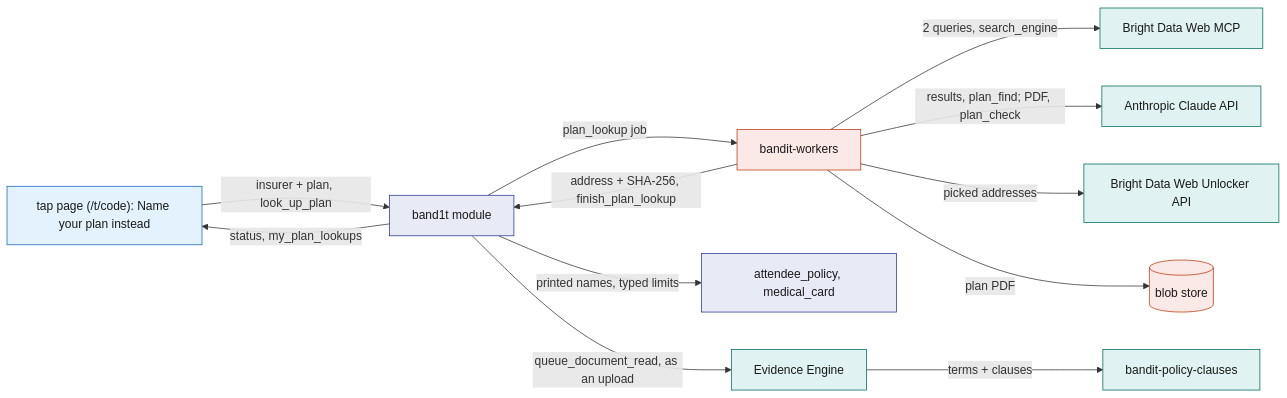
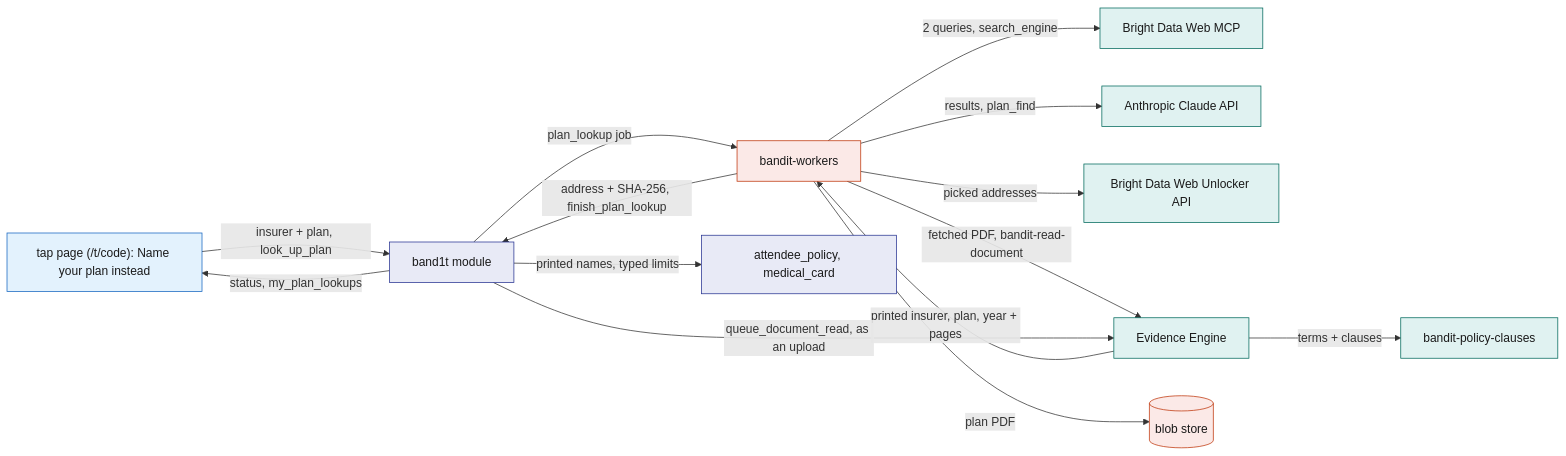
Before and after one commit to viktorinkov/cal-hacks-13: the fifth of 8 diagrams in System Design/7-integrations/Bright-Data.md, drawn with Mermaid. The commit also changed other lines of this file and 3 other files, not shown here.

Commit message:
design: the document reader checks what fetched plan and form PDFs print

````diff
--- a/System Design/7-integrations/Bright-Data.md
+++ b/System Design/7-integrations/Bright-Data.md
@@ -292,22 +294,24 @@
 ```mermaid
 flowchart LR
   TAP["tap page (/t/code): Name your plan instead"] -->|"insurer + plan, look_up_plan"| MOD["band1t module"]
   MOD -->|"plan_lookup job"| W["bandit-workers"]
   W -->|"2 queries, search_engine"| MCP["Bright Data Web MCP"]
-  W -->|"results, plan_find; PDF, plan_check"| CL["Anthropic Claude API"]
+  W -->|"results, plan_find"| CL["Anthropic Claude API"]
   W -->|"picked addresses"| WU["Bright Data Web Unlocker API"]
+  W -->|"fetched PDF, bandit-read-document"| EE["Evidence Engine"]
+  EE -->|"printed insurer, plan, year + pages"| W
   W -->|"plan PDF"| BLOB[("blob store")]
   W -->|"address + SHA-256, finish_plan_lookup"| MOD
   MOD -->|"printed names, typed limits"| POL["attendee_policy, medical_card"]
   MOD -->|"queue_document_read, as an upload"| EE["Evidence Engine"]
   EE -->|"terms + clauses"| CLS["bandit-policy-clauses"]
   MOD -->|"status, my_plan_lookups"| TAP
   classDef ext fill:#E0F2F1,stroke:#00695C,color:#1A1A1A
   classDef web fill:#E3F2FD,stroke:#1565C0,color:#1A1A1A
   classDef stdb fill:#E8EAF6,stroke:#283593,color:#1A1A1A
   classDef rust fill:#FBE9E7,stroke:#BF360C,color:#1A1A1A
   class MCP,CL,WU,EE,CLS ext
   class TAP web
   class MOD,POL stdb
   class W,BLOB rust
 ```
````
